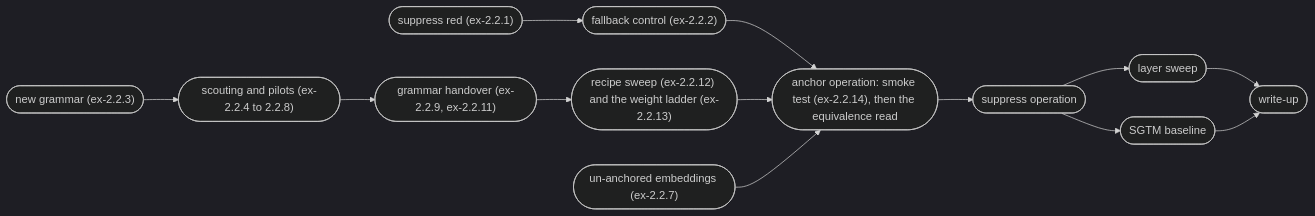
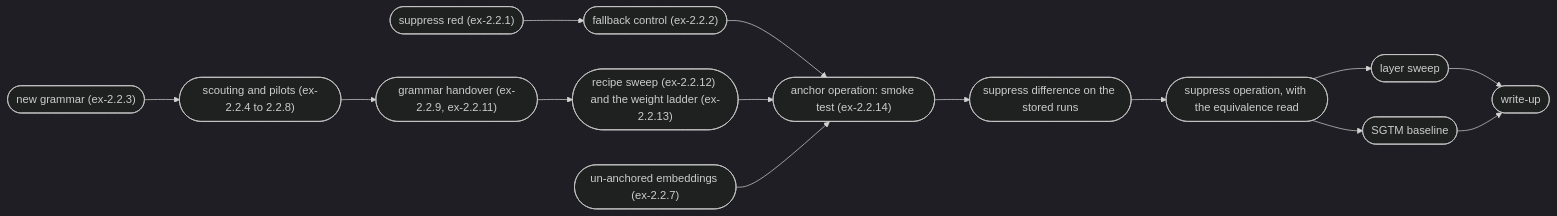
One commit to z0u-bot/sca2-mirror changed the diagram in docs/m2/d2.2/design.md. Above: the diagram before and after it, drawn with Mermaid (dark theme). The commit also changed other lines of this file and 1 other file, not shown here.

````diff
--- a/docs/m2/d2.2/design.md
+++ b/docs/m2/d2.2/design.md
@@ -19,19 +19,20 @@
 ```mermaid
 flowchart LR
 a1(["suppress red (ex-2.2.1)"])
 a2(["fallback control (ex-2.2.2)"])
 b1(["new grammar (ex-2.2.3)"])
 b2(["scouting and pilots (ex-2.2.4 to 2.2.8)"])
 b3(["grammar handover (ex-2.2.9, ex-2.2.11)"])
 b4(["recipe sweep (ex-2.2.12) and the weight ladder (ex-2.2.13)"])
 c1(["un-anchored embeddings (ex-2.2.7)"])
-main1(["anchor operation: smoke test (ex-2.2.14), then the equivalence read"])
-main2(["suppress operation"])
+main1(["anchor operation: smoke test (ex-2.2.14)"])
+main2a(["suppress difference on the stored runs"])
+main2(["suppress operation, with the equivalence read"])
 sweep(["layer sweep"])
 comp(["SGTM baseline"])
 w(["write-up"])
 
 a1 --> a2
 b1 --> b2 --> b3 --> b4
-a2 & b4 & c1 --> main1 --> main2 --> sweep & comp --> w
+a2 & b4 & c1 --> main1 --> main2a --> main2 --> sweep & comp --> w
 ```
````
